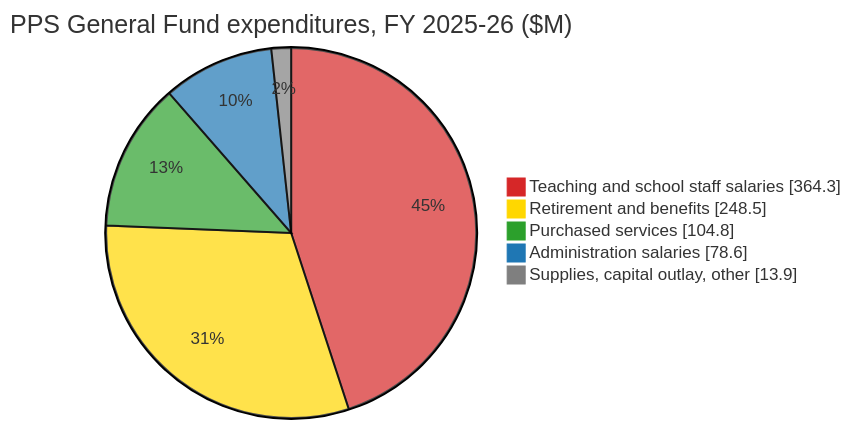
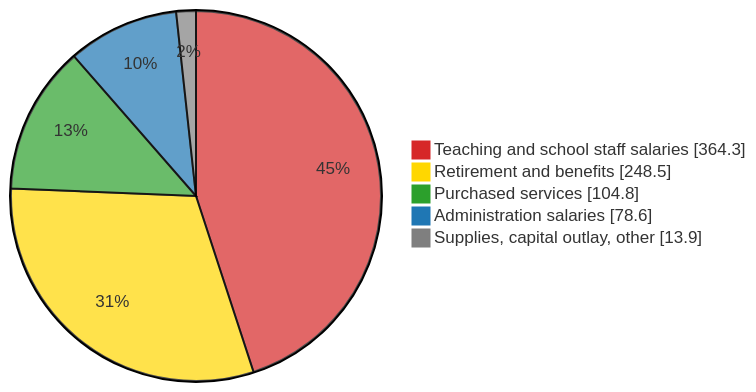
The diagram in report.md (astangepdx/pps_tax_and_funding_report), drawn with Mermaid before and after one commit. The commit also changed other lines of this file and 1 other file, not shown here.

````diff
--- a/report.md
+++ b/report.md
@@ -58,10 +64,9 @@
 ```mermaid
-%%{init: {"theme": "base", "themeVariables": {"pie1": "#d62728", "pie2": "#ffd700", "pie3": "#2ca02c", "pie4": "#1f77b4", "pie5": "#7f7f7f"}}}%%
+%%{init: {"theme": "base", "themeVariables": {"pie1": "#d62728", "pie2": "#ffd700", "pie3": "#2ca02c", "pie4": "#1f77b4", "pie5": "#7f7f7f"}, "themeCSS": "text { font-weight: bold; }"}}%%
 pie showData
-    title PPS General Fund expenditures, FY 2025-26 ($M)
     "Teaching and school staff salaries" : 364.3
     "Retirement and benefits" : 248.5
     "Purchased services" : 104.8
     "Administration salaries" : 78.6
     "Supplies, capital outlay, other" : 13.9
 ```
````
